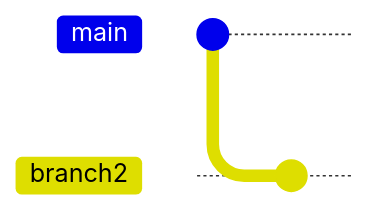
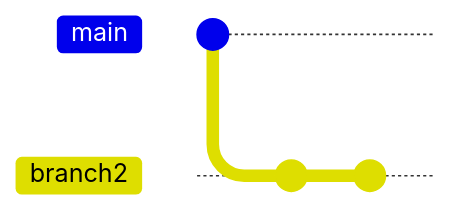
Before and after one commit to raulacava/myNotes: the diagram in README.md, drawn with Mermaid. Commit ids are hidden.

Commit message:
6th Commti

````diff
--- a/README.md
+++ b/README.md
@@ -3,7 +3,8 @@
 ```mermaid
 %%{init:{'gitGraph':{'showCommitLabel':false}}}%%
 gitGraph
     commit
     branch branch2
     commit
+    commit
 ```
````
